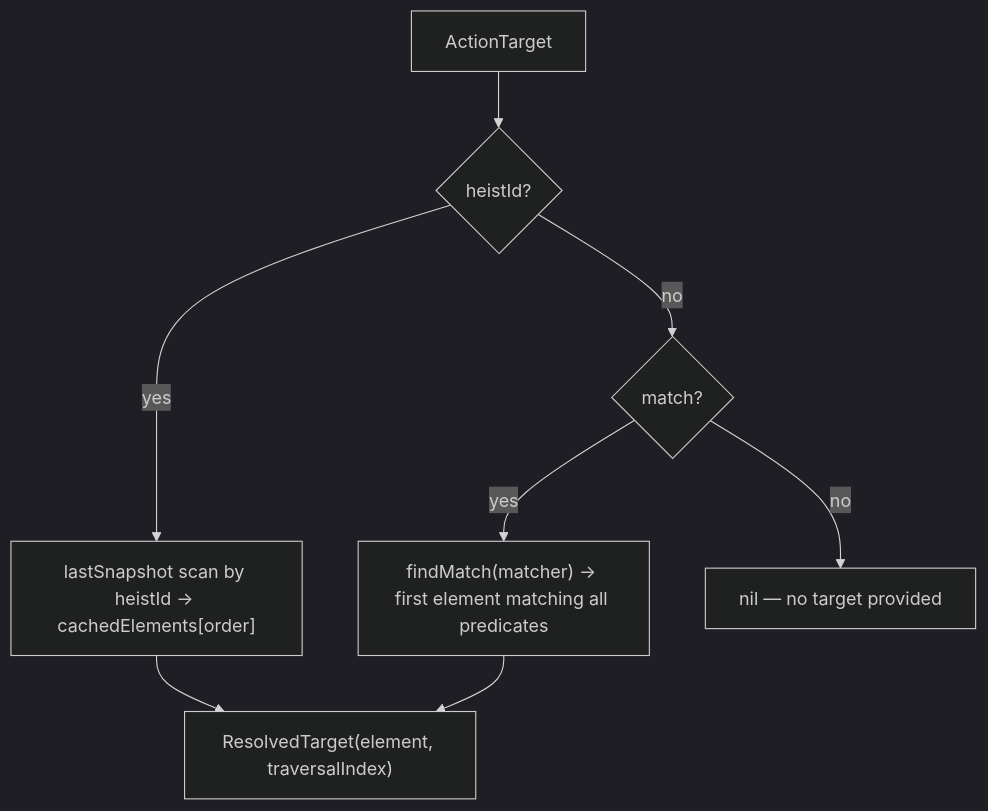
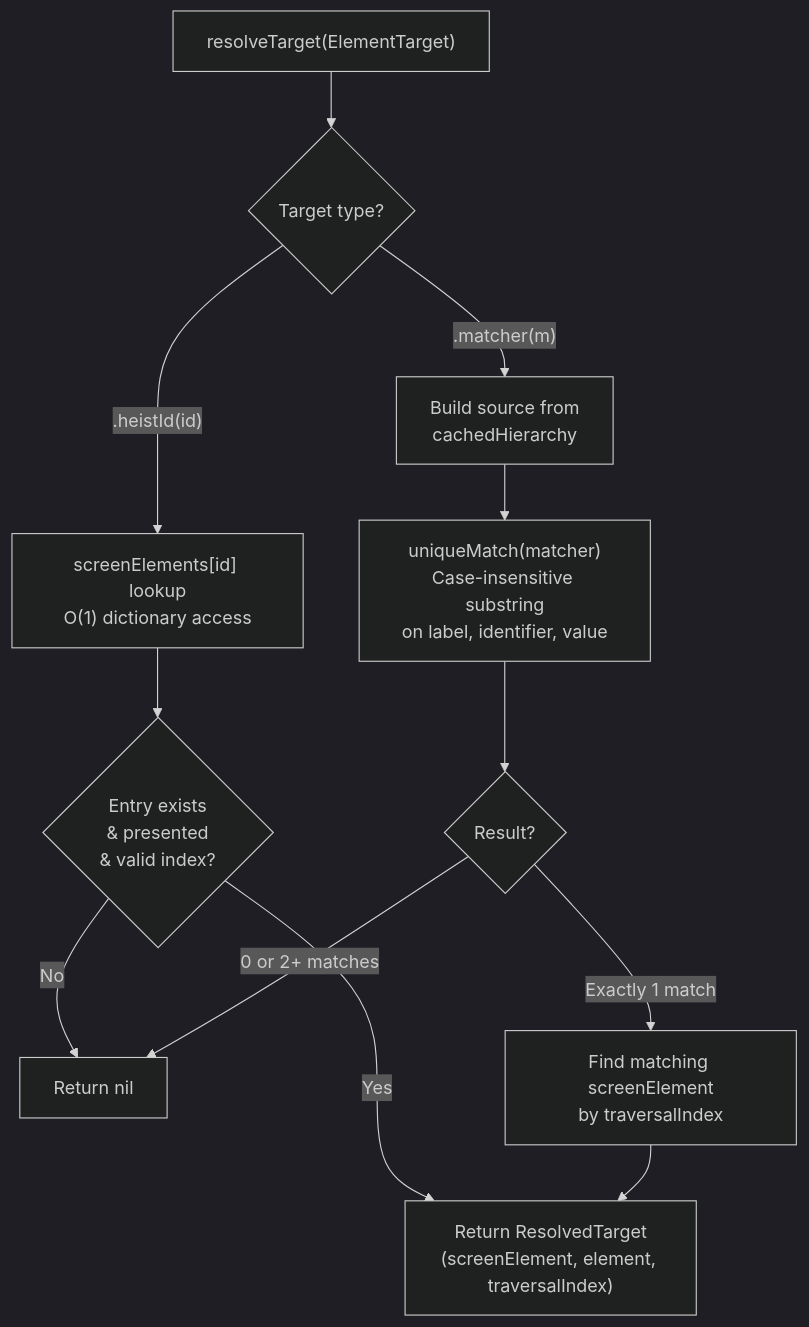
The second of 2 diagrams in docs/dossiers/15-UNIFIED-TARGETING.md (RoyalPineapple/TheButtonHeist), drawn with Mermaid (dark theme) before and after one commit. The commit also changed other lines of this file and 16 other files, not shown here.

````diff
--- a/docs/dossiers/15-UNIFIED-TARGETING.md
+++ b/docs/dossiers/15-UNIFIED-TARGETING.md
@@ -107,12 +110,15 @@
 ```mermaid
 flowchart TD
-    Target["ActionTarget"]
-    Target --> HeistId{heistId?}
-    HeistId -->|yes| LookupSnap["lastSnapshot scan by heistId → cachedElements[order]"]
-    HeistId -->|no| Match{match?}
-    Match -->|yes| FindMatch["findMatch(matcher) → first element matching all predicates"]
-    Match -->|no| Nil["nil — no target provided"]
+    A["resolveTarget(ElementTarget)"] --> B{Target type?}
+    B -->|".heistId(id)"| C["screenElements[id] lookup<br/>O(1) dictionary access"]
+    C --> D{Entry exists<br/>& presented<br/>& valid index?}
+    D -->|Yes| E["Return ResolvedTarget<br/>(screenElement, element, traversalIndex)"]
+    D -->|No| F["Return nil"]
 
-    LookupSnap --> Result["ResolvedTarget(element, traversalIndex)"]
-    FindMatch --> Result
+    B -->|".matcher(m)"| G["Build source from<br/>cachedHierarchy"]
+    G --> H["uniqueMatch(matcher)<br/>Case-insensitive substring<br/>on label, identifier, value"]
+    H --> I{Result?}
+    I -->|Exactly 1 match| J["Find matching screenElement<br/>by traversalIndex"]
+    J --> E
+    I -->|0 or 2+ matches| F
 ```
````
